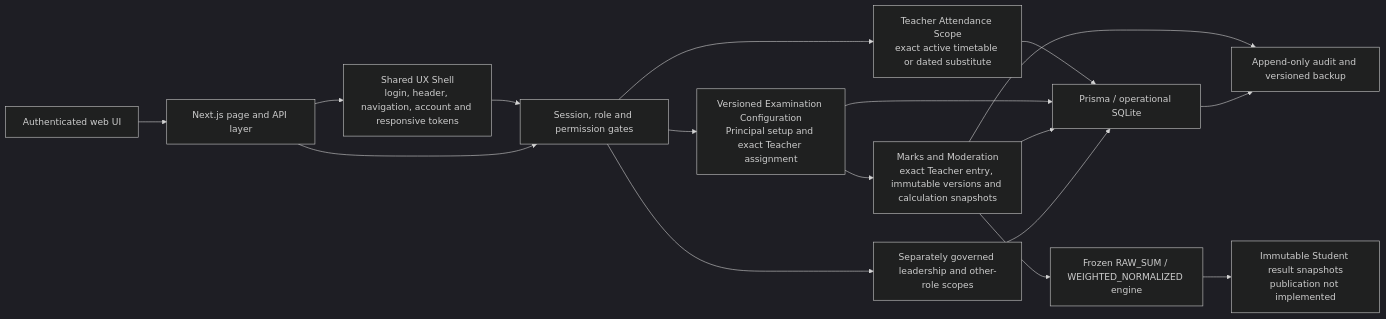
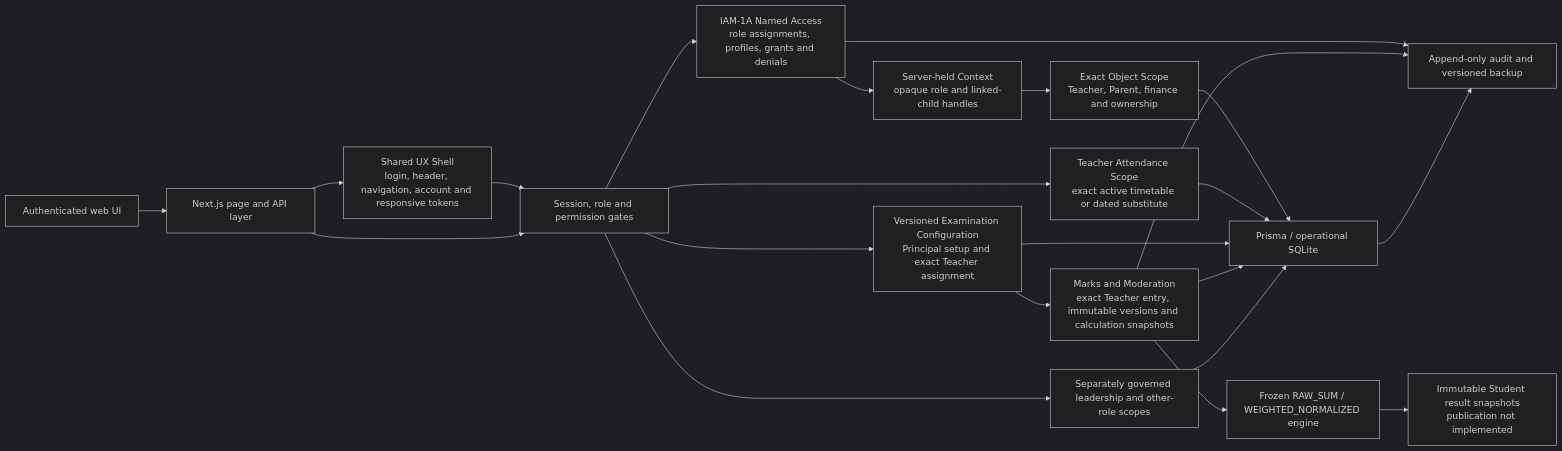
Before and after one commit to vsairohith67/nalanda-school-erp: the diagram in docs/diagrams/master-architecture.mmd, drawn with Mermaid (dark theme). The commit also changed 228 other files, not shown here.

Commit message:
feat(iam): add governed named-user access contexts

```diff
--- a/docs/diagrams/master-architecture.mmd
+++ b/docs/diagrams/master-architecture.mmd
@@ -1,17 +1,22 @@
 flowchart LR
   UI["Authenticated web UI"] --> APP["Next.js page and API layer"]
   APP --> UX["Shared UX Shell\nlogin, header, navigation, account and responsive tokens"]
   UX --> AUTH
   APP --> AUTH["Session, role and permission gates"]
+  AUTH --> IAM["IAM-1A Named Access\nrole assignments, profiles, grants and denials"]
+  IAM --> CTX["Server-held Context\nopaque role and linked-child handles"]
+  CTX --> SCOPE["Exact Object Scope\nTeacher, Parent, finance and ownership"]
+  IAM --> AUDIT
+  SCOPE --> DATA
   AUTH --> TAS["Teacher Attendance Scope\nexact active timetable or dated substitute"]
   AUTH --> EXAM["Versioned Examination Configuration\nPrincipal setup and exact Teacher assignment"]
   AUTH --> GOV["Separately governed leadership and other-role scopes"]
   TAS --> DATA["Prisma / operational SQLite"]
   EXAM --> DATA
   EXAM --> MARKS["Marks and Moderation\nexact Teacher entry, immutable versions and calculation snapshots"]
   MARKS --> DATA
   MARKS --> CALC["Frozen RAW_SUM / WEIGHTED_NORMALIZED engine"]
   CALC --> SNAP["Immutable Student result snapshots\npublication not implemented"]
   MARKS --> AUDIT
   GOV --> DATA
   DATA --> AUDIT["Append-only audit and versioned backup"]
```
